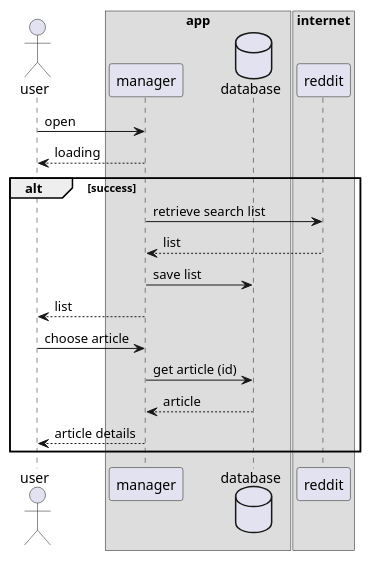
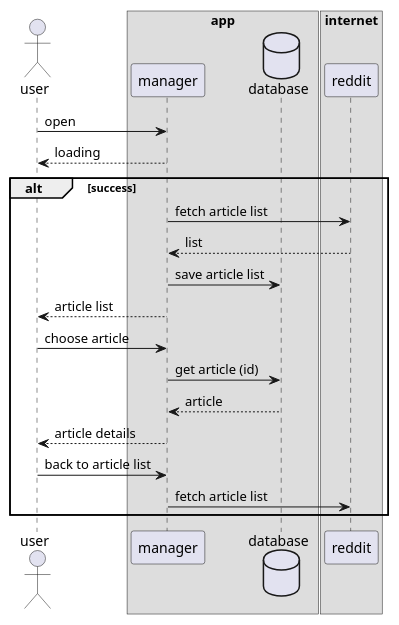
The diagram in docs/puml/sequencediagram.puml (viniciushisao/reddit-articles), drawn with PlantUML before and after one commit. The commit also changed 3 other files, not shown here.

Commit message:
Add puml diagrams

```diff
--- a/docs/puml/sequencediagram.puml
+++ b/docs/puml/sequencediagram.puml
@@ -1,28 +1,31 @@
 @startuml
 actor user
 
 box "app"
 participant manager
 database database
 endbox
 
 box "internet"
 participant reddit
 endbox
 
 
 user -> manager : open
 manager --> user : loading
 alt success
-manager -> reddit : retrieve search list
+manager -> reddit : fetch article list
 reddit --> manager : list
-manager -> database : save list
-manager --> user: list
+manager -> database : save article list
+manager --> user: article list
 user -> manager : choose article
 manager -> database : get article (id)
 database --> manager : article
 manager --> user : article details
+user -> manager : back to article list
+manager -> reddit : fetch article list
+
 end
 
 
 @enduml
```
